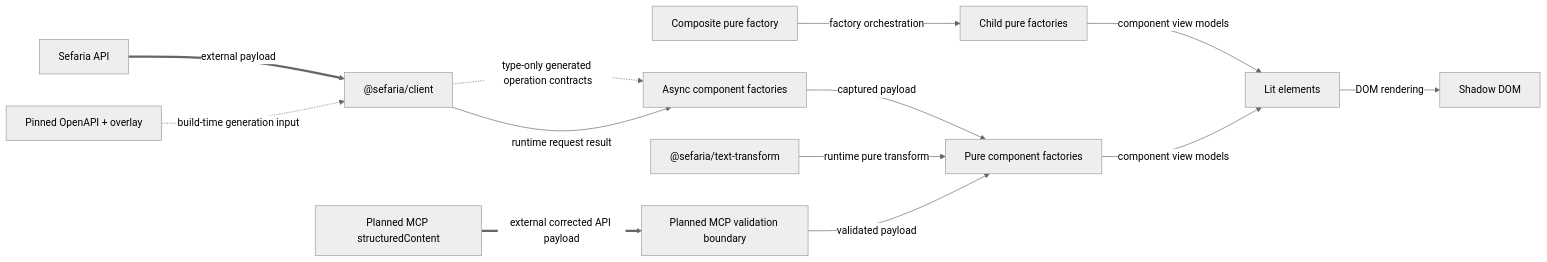
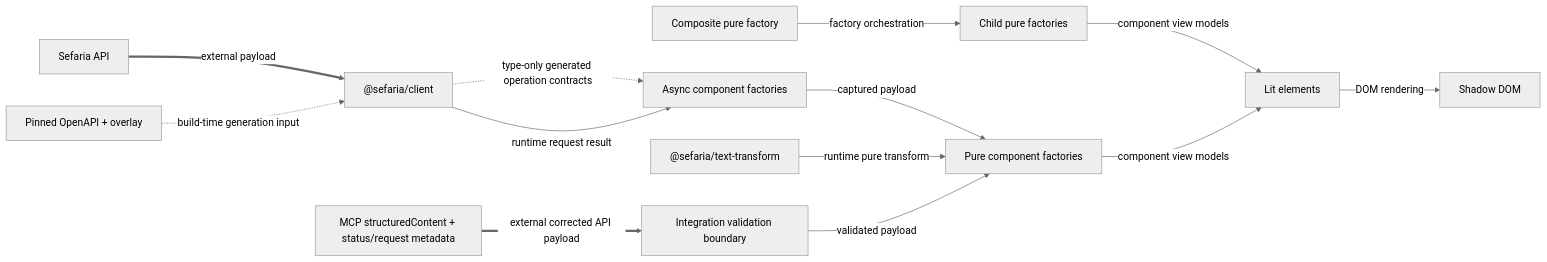
Before and after one commit to Arithmomaniac/sefaria-web-components: the diagram in docs/design.md, drawn with Mermaid (neutral theme). The commit also changed other lines of this file and 31 other files, not shown here.

````diff
--- a/docs/design.md
+++ b/docs/design.md
@@ -74,15 +74,15 @@
 ```mermaid
 flowchart LR
     API["Sefaria API"] ==>|"external payload"| CLIENT["@sefaria/client"]
     PIN["Pinned OpenAPI + overlay"] -.->|"build-time generation input"| CLIENT
     CLIENT -.->|"type-only generated operation contracts"| ASYNC["Async component factories"]
     CLIENT -->|"runtime request result"| ASYNC
     ASYNC -->|"captured payload"| PURE["Pure component factories"]
     XFORM["@sefaria/text-transform"] -->|"runtime pure transform"| PURE
     COMPOSITE["Composite pure factory"] -->|"factory orchestration"| CHILD["Child pure factories"]
     CHILD -->|"component view models"| ELEMENTS["Lit elements"]
     PURE -->|"component view models"| ELEMENTS
     ELEMENTS -->|"DOM rendering"| DOM["Shadow DOM"]
-    MCP["Planned MCP structuredContent"] ==>|"external corrected API payload"| BOUNDARY["Planned MCP validation boundary"]
+    MCP["MCP structuredContent + status/request metadata"] ==>|"external corrected API payload"| BOUNDARY["Integration validation boundary"]
     BOUNDARY -->|"validated payload"| PURE
 ```
````
